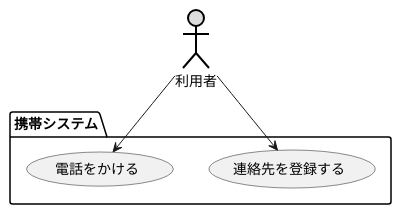
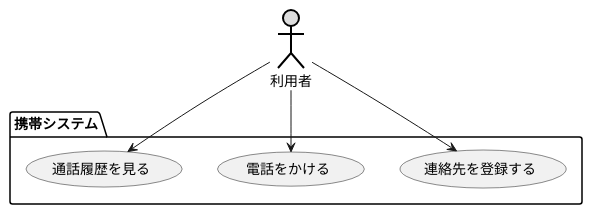
One commit to 05Uwa/uml-introduction changed the diagram in _UC_system.pu. Above: the diagram before and after it, drawn with PlantUML. The commit also changed other lines of this file, not shown here.

Commit message:
通話履歴追加

```diff
--- a/_UC_system.pu
+++ b/_UC_system.pu
@@ -1,10 +1,12 @@
 @startuml ユースケース図
 ' left to right direction
 actor 利用者 #DDDDDD;line:black;line.bold;
 package 携帯システム {
 usecase 連絡先を登録する
 usecase 電話をかける
+usecase 通話履歴を見る
 }
 利用者 --> 連絡先を登録する
 利用者 --> 電話をかける
+利用者 --> 通話履歴を見る
 @enduml
```
